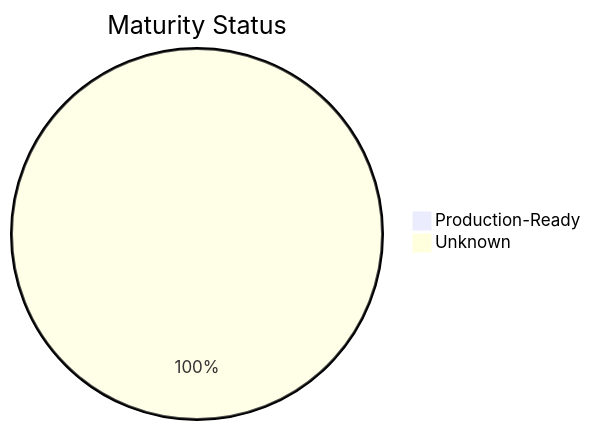
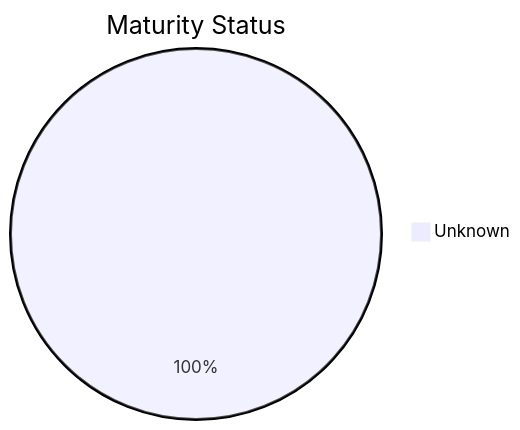
The second of 2 diagrams in docs/maturity_dashboard.md (fderuiter/proompts), drawn with Mermaid before and after one commit. The commit also changed other lines of this file and 15 other files, not shown here.

````diff
--- a/docs/maturity_dashboard.md
+++ b/docs/maturity_dashboard.md
@@ -38,5 +35,4 @@
 ```mermaid
 pie title Maturity Status
-    "Production-Ready" : 1
-    "Unknown" : 1172
+    "Unknown" : 1173
 ```
````
